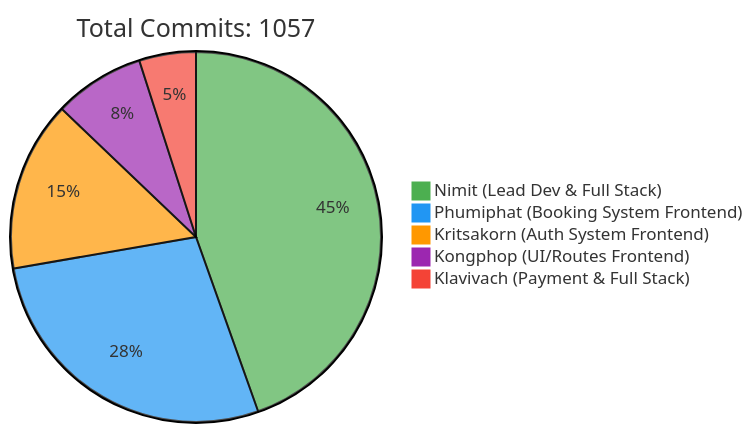
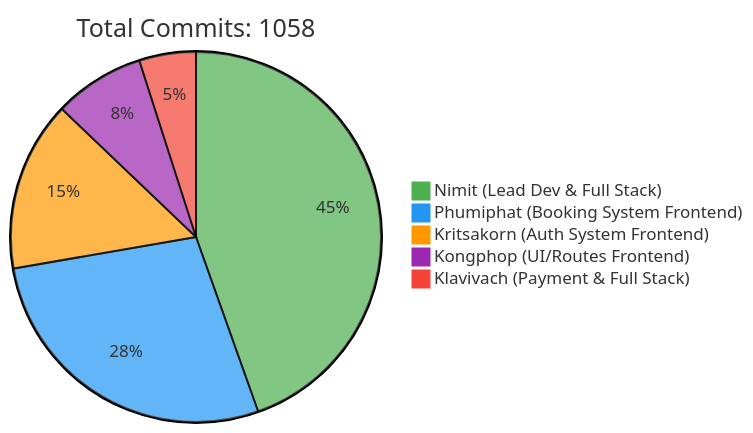
One commit to 6531503042/Sport-Complex changed the first of 2 diagrams in README.md. Above: the diagram before and after it, drawn with Mermaid. The commit also changed other lines of this file, not shown here.

Commit message:
docs: Update contributor statistics [skip ci]

````diff
--- a/README.md
+++ b/README.md
@@ -240,10 +240,10 @@
 ```mermaid
 %%{init: {'theme': 'base', 'themeVariables': { 'pie1': '#4CAF50', 'pie2': '#2196F3', 'pie3': '#FF9800', 'pie4': '#9C27B0', 'pie5': '#F44336'}}}%%
 pie
-    title Total Commits: 1057
+    title Total Commits: 1058
     "Nimit (Lead Dev & Full Stack)" : 450
     "Phumiphat (Booking System Frontend)" : 280
     "Kritsakorn (Auth System Frontend)" : 150
     "Kongphop (UI/Routes Frontend)" : 80
     "Klavivach (Payment & Full Stack)" : 50
 ```
````
